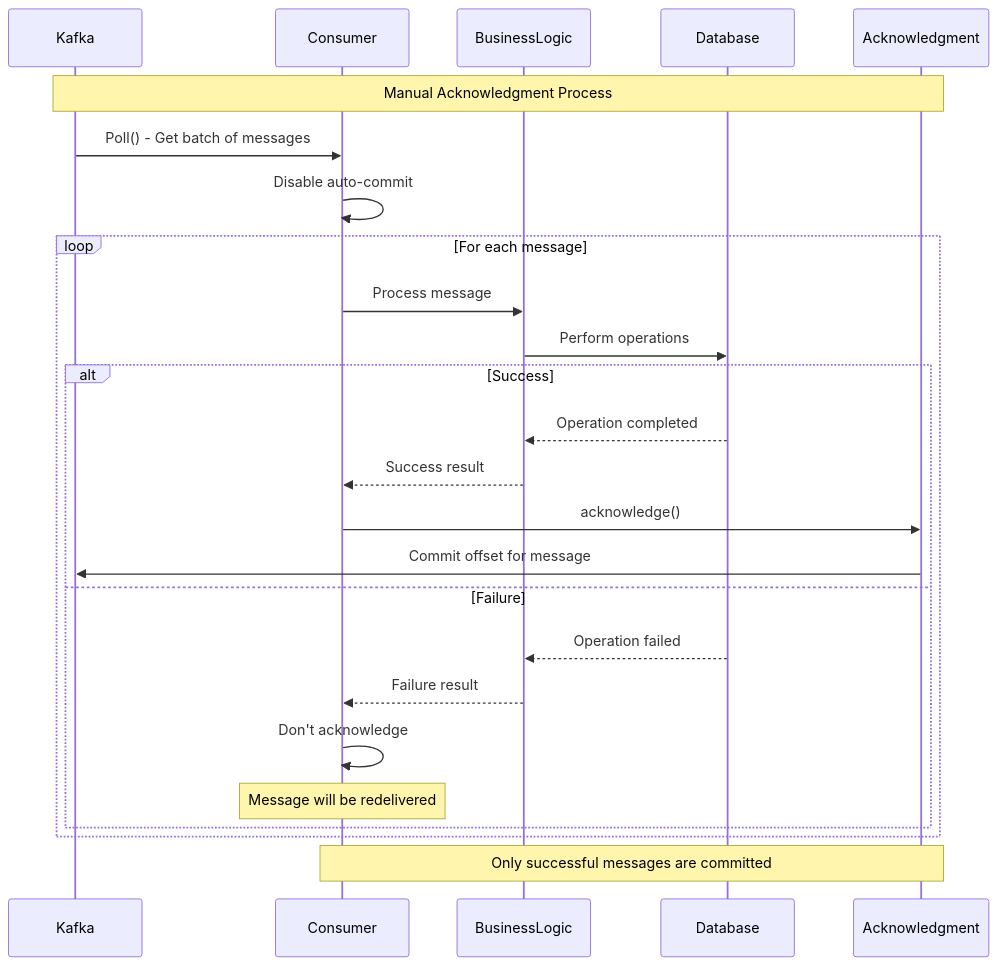
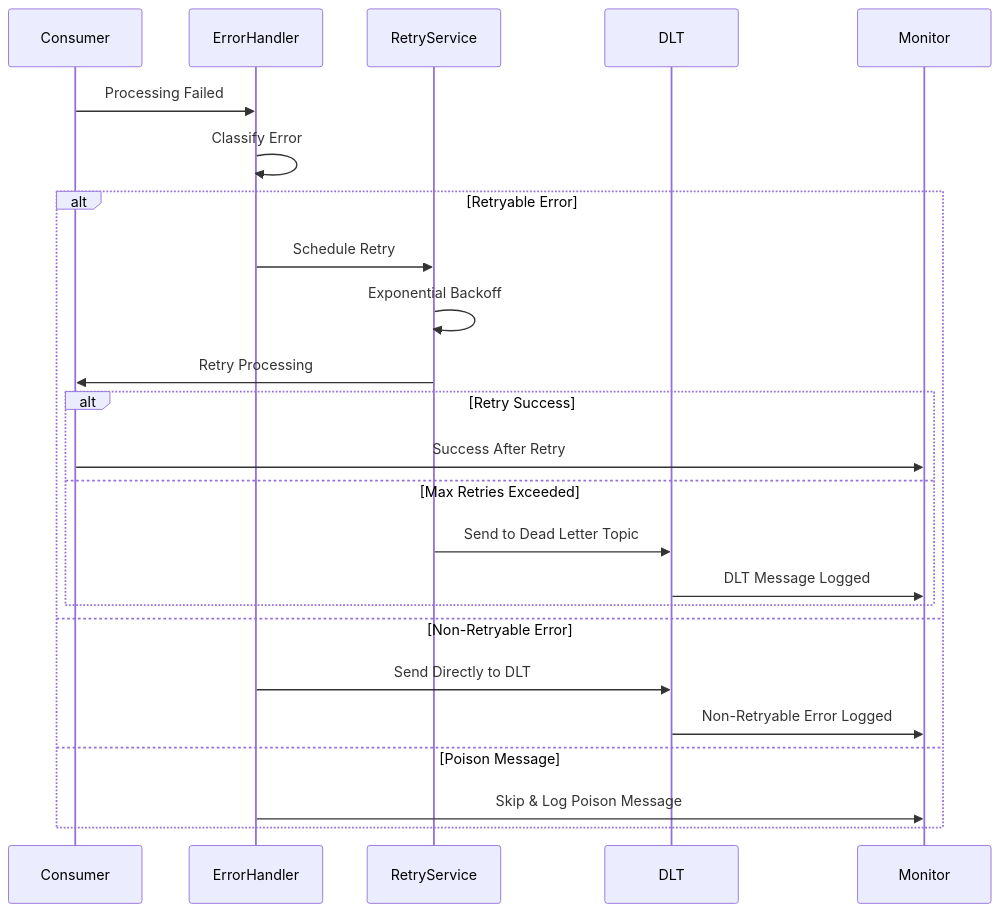
One commit to vorrawut/KafkaStarter changed the second of 9 diagrams in class/workshop/lesson_9/README.md. Above: the diagram before and after it, drawn with Mermaid. The commit also changed other lines of this file and 204 other files, not shown here.

````diff
--- a/class/workshop/lesson_9/README.md
+++ b/class/workshop/lesson_9/README.md
@@ -72,32 +68,31 @@
 ```mermaid
 sequenceDiagram
-    participant Kafka
     participant Consumer
-    participant BusinessLogic
-    participant Database
-    participant Ack as Acknowledgment
+    participant ErrorHandler
+    participant RetryService
+    participant DLT
+    participant Monitor
     
-    Note over Kafka,Ack: Manual Acknowledgment Process
+    Consumer->>ErrorHandler: Processing Failed
+    ErrorHandler->>ErrorHandler: Classify Error
     
-    Kafka->>Consumer: Poll() - Get batch of messages
-    Consumer->>Consumer: Disable auto-commit
-    
-    loop For each message
-        Consumer->>BusinessLogic: Process message
-        BusinessLogic->>Database: Perform operations
+    alt Retryable Error
+        ErrorHandler->>RetryService: Schedule Retry
+        RetryService->>RetryService: Exponential Backoff
+        RetryService->>Consumer: Retry Processing
         
-        alt Success
-            Database-->>BusinessLogic: Operation completed
-            BusinessLogic-->>Consumer: Success result
-            Consumer->>Ack: acknowledge()
-            Ack->>Kafka: Commit offset for message
-        else Failure
-            Database-->>BusinessLogic: Operation failed
-            BusinessLogic-->>Consumer: Failure result
-            Consumer->>Consumer: Don't acknowledge
-            Note over Consumer: Message will be redelivered
+        alt Retry Success
+            Consumer->>Monitor: Success After Retry
+        else Max Retries Exceeded
+            RetryService->>DLT: Send to Dead Letter Topic
+            DLT->>Monitor: DLT Message Logged
         end
+        
+    else Non-Retryable Error
+        ErrorHandler->>DLT: Send Directly to DLT
+        DLT->>Monitor: Non-Retryable Error Logged
+        
+    else Poison Message
+        ErrorHandler->>Monitor: Skip & Log Poison Message
     end
-    
-    Note over Consumer,Ack: Only successful messages are committed
 ```
````
